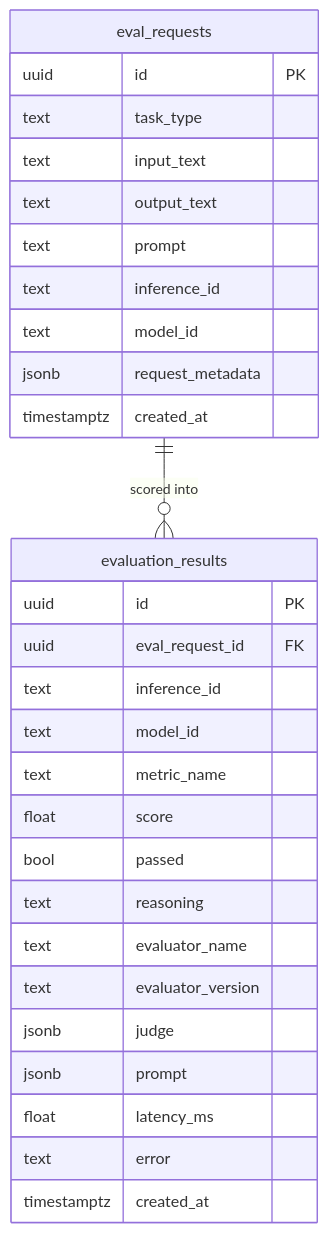
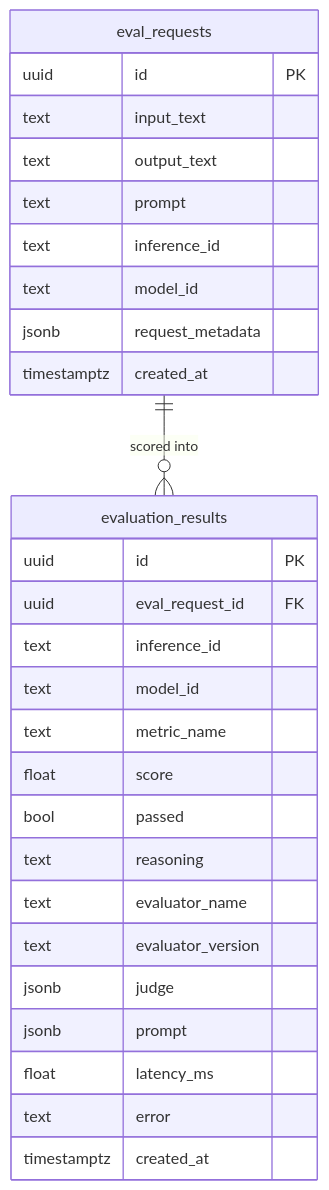
The diagram in README.md (DimitarAtanassov/arc-eval-service), drawn with Mermaid before and after one commit. The commit also changed other lines of this file and 18 other files, not shown here.

````diff
--- a/README.md
+++ b/README.md
@@ -75,33 +73,32 @@
 ```mermaid
 erDiagram
     eval_requests ||--o{ evaluation_results : "scored into"
 
     eval_requests {
         uuid id PK
-        text task_type
         text input_text
         text output_text
         text prompt
         text inference_id
         text model_id
         jsonb request_metadata
         timestamptz created_at
     }
     evaluation_results {
         uuid id PK
         uuid eval_request_id FK
         text inference_id
         text model_id
         text metric_name
         float score
         bool passed
         text reasoning
         text evaluator_name
         text evaluator_version
         jsonb judge
         jsonb prompt
         float latency_ms
         text error
         timestamptz created_at
     }
 ```
````
